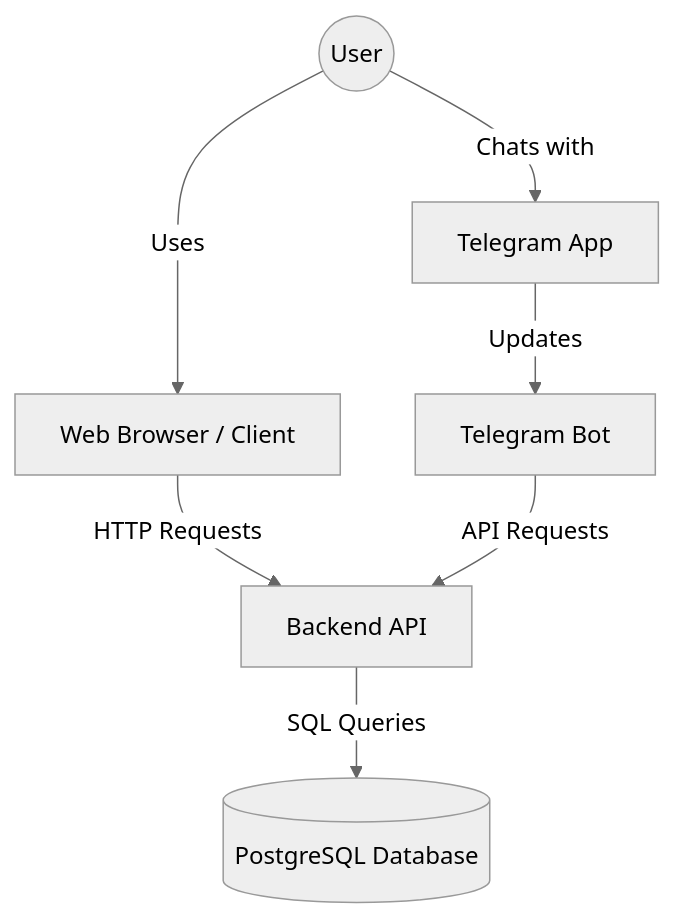
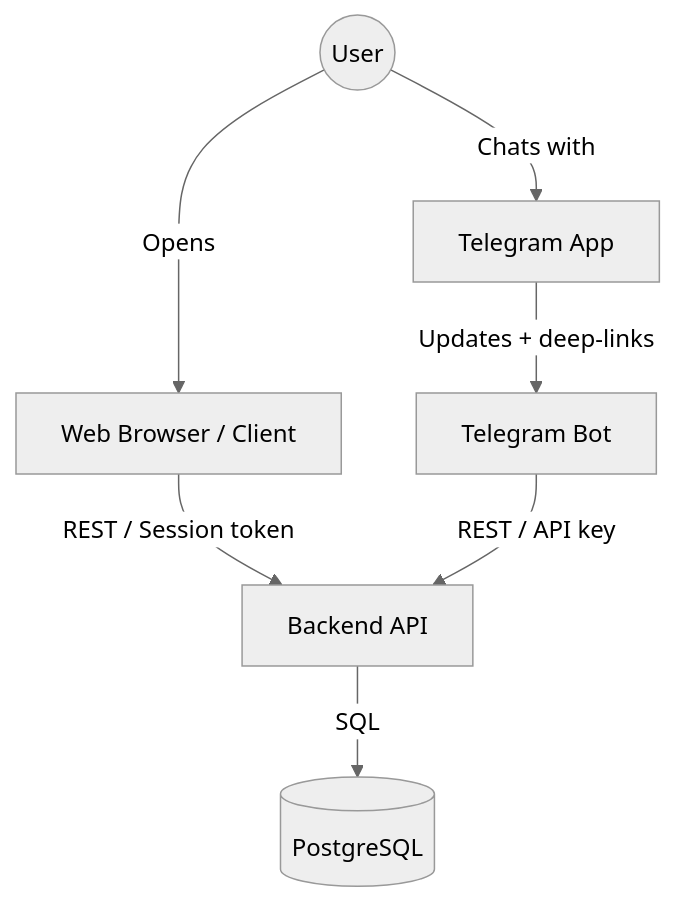
One commit to BekmurodGofurov/Kochatim changed the diagram in README.md. Above: the diagram before and after it, drawn with Mermaid (neutral theme). The commit also changed other lines of this file and 9 other files, not shown here.

````diff
--- a/README.md
+++ b/README.md
@@ -15,18 +7,18 @@
 ```mermaid
 graph TD
     User((User))
     Browser[Web Browser / Client]
     TG[Telegram App]
     Bot[Telegram Bot]
     Backend[Backend API]
-    DB[(PostgreSQL Database)]
+    DB[(PostgreSQL)]
 
-    User -->|Uses| Browser
+    User -->|Opens| Browser
     User -->|Chats with| TG
-    
-    Browser -->|HTTP Requests| Backend
-    TG -->|Updates| Bot
-    Bot -->|API Requests| Backend
-    
-    Backend -->|SQL Queries| DB
+
+    Browser -->|REST / Session token| Backend
+    TG -->|Updates + deep-links| Bot
+    Bot -->|REST / API key| Backend
+
+    Backend -->|SQL| DB
 ```
````
